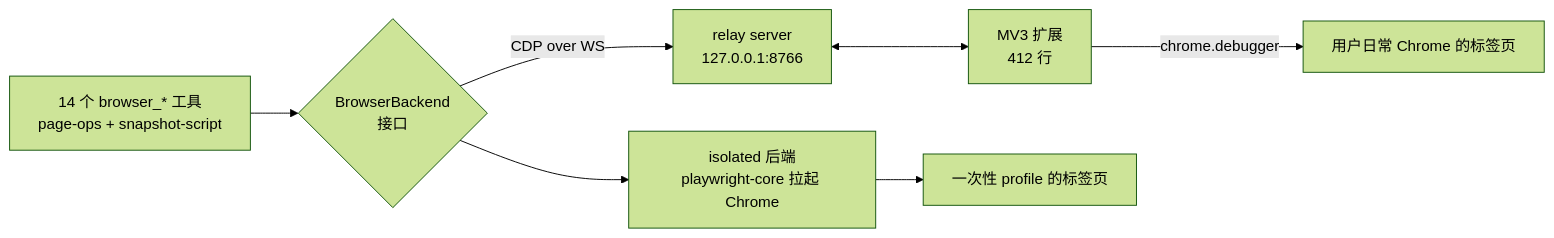
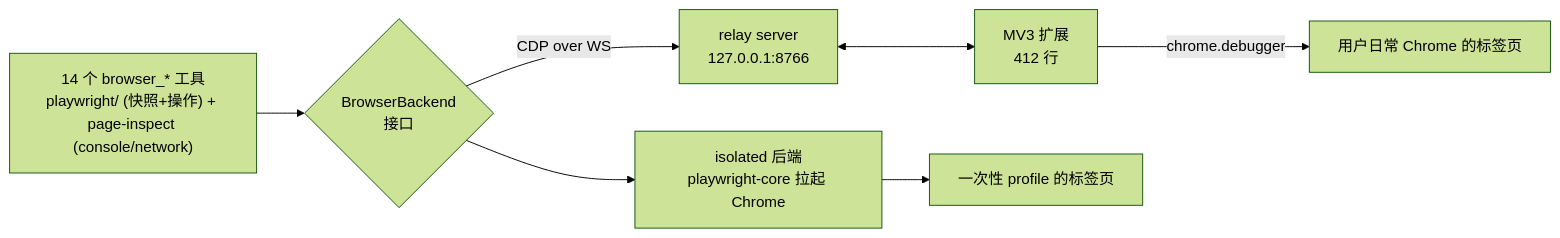
One commit to LiuHarry1/ai_coding_agent_intro changed the fifth of 5 diagrams in docs/browser-automation-comparison.md. Above: the diagram before and after it, drawn with Mermaid (forest theme). The commit also changed other lines of this file and 36 other files, not shown here.

````diff
--- a/docs/browser-automation-comparison.md
+++ b/docs/browser-automation-comparison.md
@@ -502,14 +502,14 @@
 ```mermaid
 flowchart LR
-  Tools["14 个 browser_* 工具<br/>page-ops + snapshot-script"]
+  Tools["14 个 browser_* 工具<br/>playwright/ (快照+操作) + page-inspect (console/network)"]
   Backend{"BrowserBackend<br/>接口"}
   Iso["isolated 后端<br/>playwright-core 拉起 Chrome"]
   Relay["relay server<br/>127.0.0.1:8766"]
   Ext["MV3 扩展<br/>412 行"]
   UserTab["用户日常 Chrome 的标签页"]
   IsoTab["一次性 profile 的标签页"]
 
   Tools --> Backend
   Backend --> Iso --> IsoTab
   Backend -->|"CDP over WS"| Relay <--> Ext -->|"chrome.debugger"| UserTab
 ```
````
